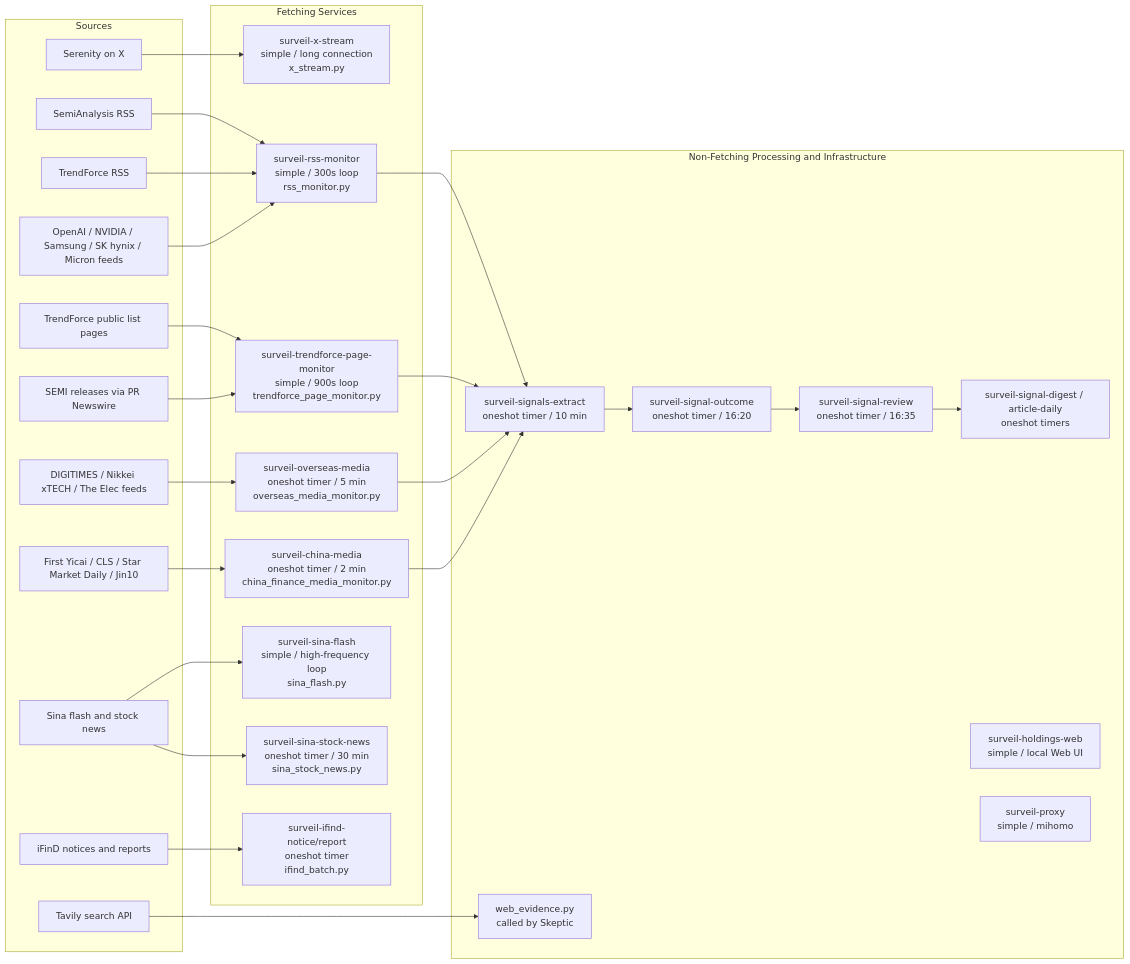
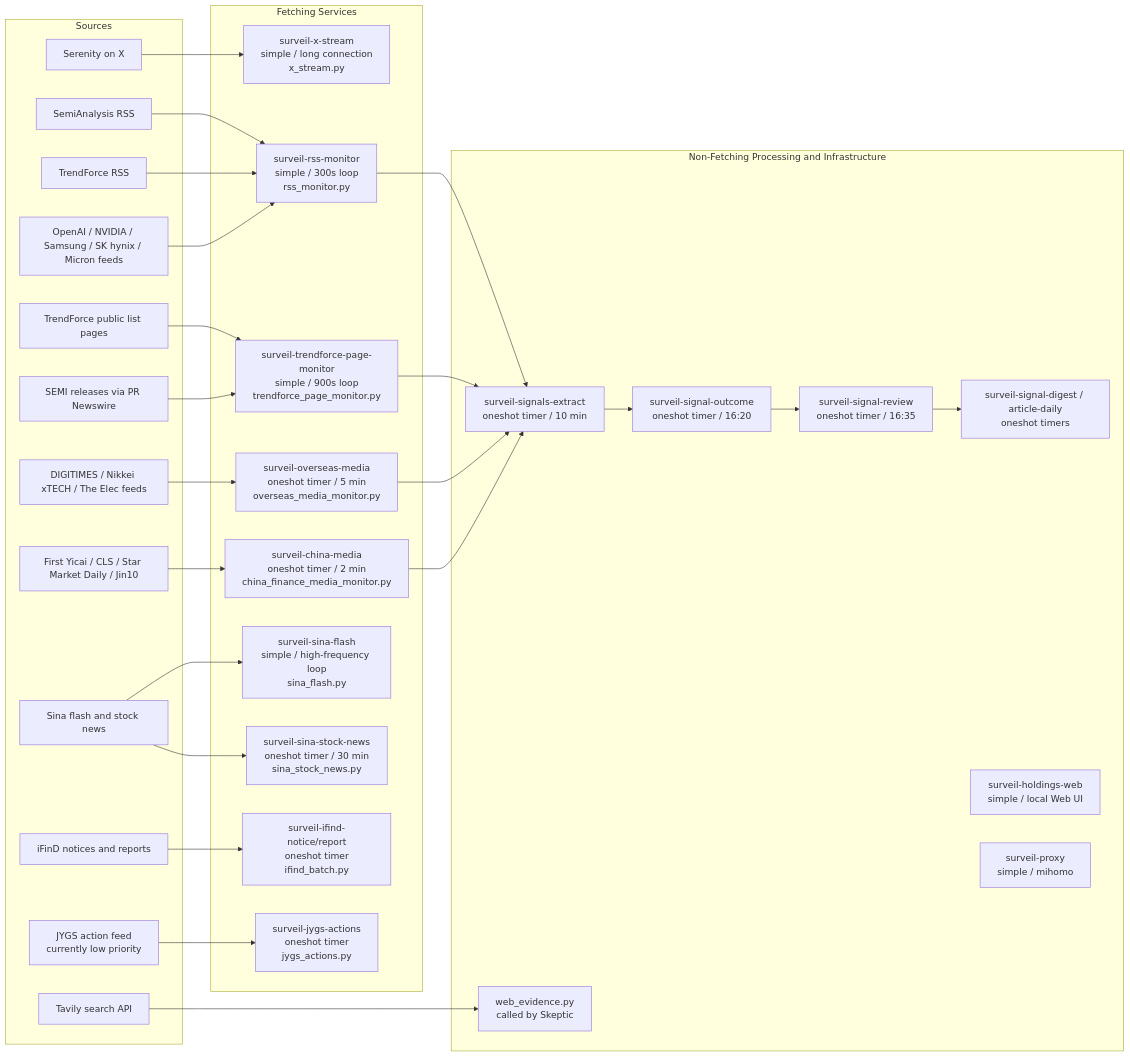
Before and after one commit to Stayfoool/MarketPulseWire: the second of 5 diagrams in docs/architecture-flow.md, drawn with Mermaid. The commit also changed other lines of this file, not shown here.

````diff
--- a/docs/architecture-flow.md
+++ b/docs/architecture-flow.md
@@ -112,55 +112,58 @@
 ```mermaid
 flowchart LR
     subgraph Sources["Sources"]
         Serenity["Serenity on X"]
         SemiAnalysis["SemiAnalysis RSS"]
         TrendRSS["TrendForce RSS"]
         TrendPages["TrendForce public list pages"]
         SemiPR["SEMI releases via PR Newswire"]
         CompanyFeeds["OpenAI / NVIDIA / Samsung / SK hynix / Micron feeds"]
         OverseasFeeds["DIGITIMES / Nikkei xTECH / The Elec feeds"]
         Domestic["First Yicai / CLS / Star Market Daily / Jin10"]
         Sina["Sina flash and stock news"]
         IfindSource["iFinD notices and reports"]
+        JYGSSource["JYGS action feed<br/>currently low priority"]
         EvidenceAPI["Tavily search API"]
     end
 
     subgraph FetchingServices["Fetching Services"]
         XSvc["surveil-x-stream<br/>simple / long connection<br/>x_stream.py"]
         RSSSvc["surveil-rss-monitor<br/>simple / 300s loop<br/>rss_monitor.py"]
         TrendSvc["surveil-trendforce-page-monitor<br/>simple / 900s loop<br/>trendforce_page_monitor.py"]
         OverseasSvc["surveil-overseas-media<br/>oneshot timer / 5 min<br/>overseas_media_monitor.py"]
         ChinaSvc["surveil-china-media<br/>oneshot timer / 2 min<br/>china_finance_media_monitor.py"]
         SinaFlashSvc["surveil-sina-flash<br/>simple / high-frequency loop<br/>sina_flash.py"]
         SinaStockSvc["surveil-sina-stock-news<br/>oneshot timer / 30 min<br/>sina_stock_news.py"]
         IfindSvc["surveil-ifind-notice/report<br/>oneshot timer<br/>ifind_batch.py"]
+        JYGSSvc["surveil-jygs-actions<br/>oneshot timer<br/>jygs_actions.py"]
     end
 
     subgraph ProcessingServices["Non-Fetching Processing and Infrastructure"]
         SignalExtractSvc["surveil-signals-extract<br/>oneshot timer / 10 min"]
         OutcomeSvc["surveil-signal-outcome<br/>oneshot timer / 16:20"]
         ReviewSvc["surveil-signal-review<br/>oneshot timer / 16:35"]
         DigestSvc["surveil-signal-digest / article-daily<br/>oneshot timers"]
         WebSvc["surveil-holdings-web<br/>simple / local Web UI"]
         ProxySvc["surveil-proxy<br/>simple / mihomo"]
         EvidenceMod["web_evidence.py<br/>called by Skeptic"]
     end
 
     Serenity --> XSvc
     SemiAnalysis --> RSSSvc
     TrendRSS --> RSSSvc
     CompanyFeeds --> RSSSvc
     TrendPages --> TrendSvc
     SemiPR --> TrendSvc
     OverseasFeeds --> OverseasSvc
     Domestic --> ChinaSvc
     Sina --> SinaFlashSvc
     Sina --> SinaStockSvc
     IfindSource --> IfindSvc
+    JYGSSource --> JYGSSvc
     EvidenceAPI --> EvidenceMod
     RSSSvc --> SignalExtractSvc
     TrendSvc --> SignalExtractSvc
     OverseasSvc --> SignalExtractSvc
     ChinaSvc --> SignalExtractSvc
     SignalExtractSvc --> OutcomeSvc --> ReviewSvc --> DigestSvc
 ```
````
